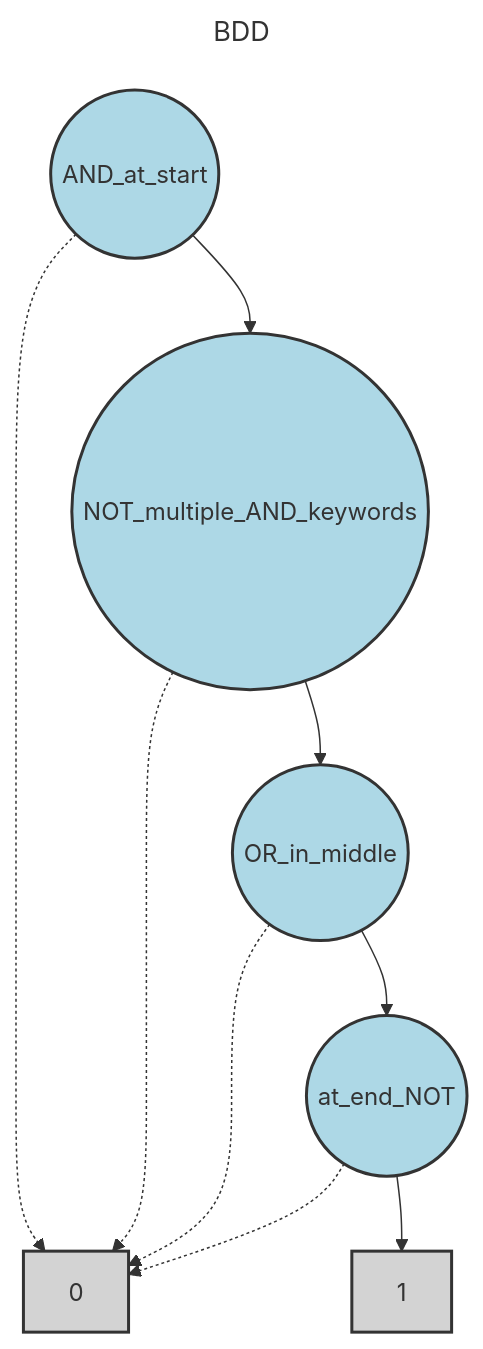
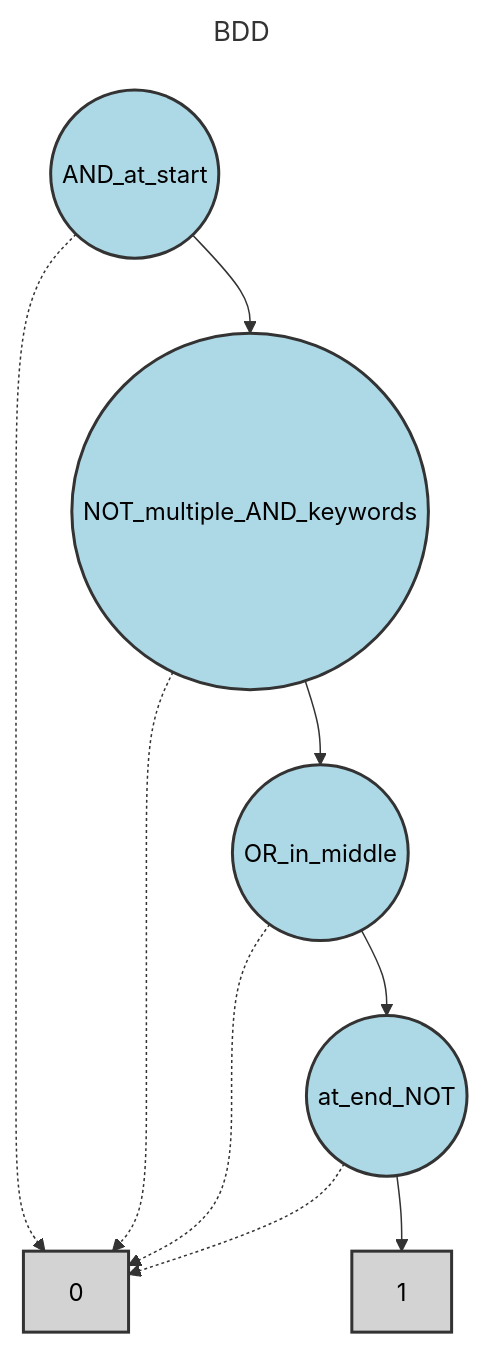
One commit to Alan-Jowett/bdd_test changed the second of 2 diagrams in test_expressions/reference_outputs/operator_keywords_in_vars_analysis.md. Above: the diagram before and after it, drawn with Mermaid. The commit also changed other lines of this file and 23 other files, not shown here.

First line of the commit message:
fix: Add dark-mode friendly text colors to Mermaid diagrams

````diff
--- a/test_expressions/reference_outputs/operator_keywords_in_vars_analysis.md
+++ b/test_expressions/reference_outputs/operator_keywords_in_vars_analysis.md
@@ -52,31 +52,31 @@
 ```mermaid
 ---
 title: BDD
 ---
 flowchart TD
     N0["0"]
     N1["1"]
     N2(("at_end_NOT"))
     N3(("OR_in_middle"))
     N4(("NOT_multiple_AND_keywords"))
     N5(("AND_at_start"))
 
     N2 -.-> N0
     N2 --> N1
     N3 -.-> N0
     N3 --> N2
     N4 -.-> N0
     N4 --> N3
     N5 -.-> N0
     N5 --> N4
 
     class N0 terminal
     class N1 terminal
     class N2 bddVariable
     class N3 bddVariable
     class N4 bddVariable
     class N5 bddVariable
 
-    classDef bddVariable fill:lightblue,stroke:#333,stroke-width:2px
-    classDef terminal fill:lightgray,stroke:#333,stroke-width:2px
+    classDef bddVariable fill:lightblue,stroke:#333,stroke-width:2px,color:#000
+    classDef terminal fill:lightgray,stroke:#333,stroke-width:2px,color:#000
 ```
````
